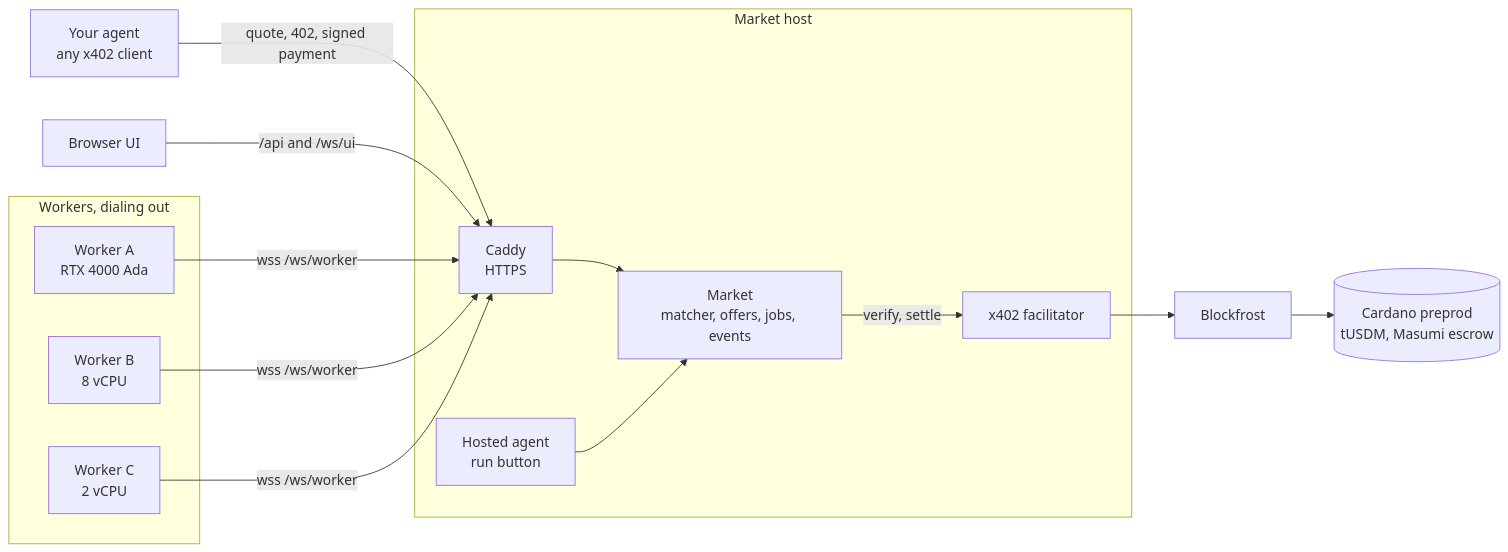
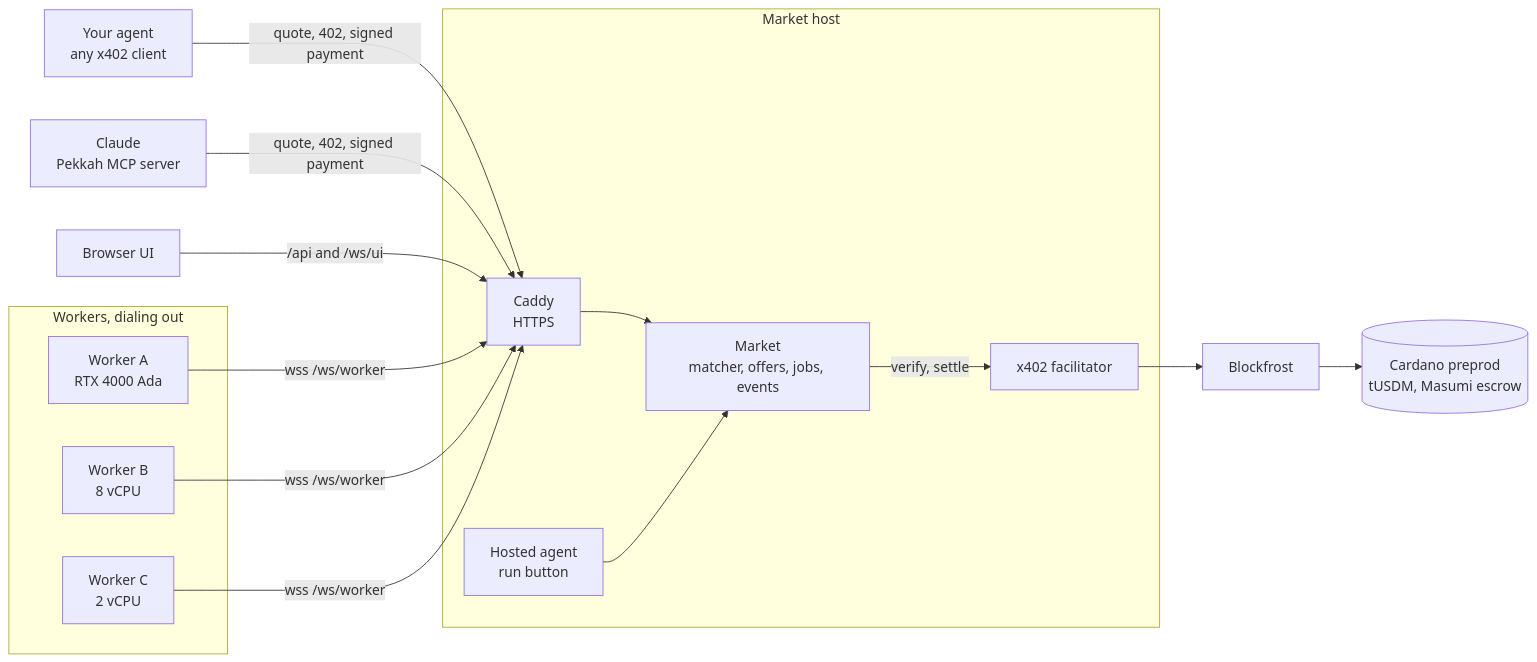
Before and after one commit to LAIN-21/pekkah-origins: the diagram in README.md, drawn with Mermaid. The commit also changed other lines of this file and 1 other file, not shown here.

First line of the commit message:
README and write-up for v0.2.0 (draft): escrow release, Claude, open join

````diff
--- a/README.md
+++ b/README.md
@@ -29,28 +36,30 @@
 ```mermaid
 flowchart LR
   agent["Your agent<br/>any x402 client"]
+  claude["Claude<br/>Pekkah MCP server"]
   web["Browser UI"]
   subgraph host["Market host"]
     caddy["Caddy<br/>HTTPS"]
     market["Market<br/>matcher, offers, jobs, events"]
     facilitator["x402 facilitator"]
     hosted["Hosted agent<br/>run button"]
   end
   subgraph workers["Workers, dialing out"]
     A["Worker A<br/>RTX 4000 Ada"]
     B["Worker B<br/>8 vCPU"]
     C["Worker C<br/>2 vCPU"]
   end
   blockfrost["Blockfrost"]
   chain[("Cardano preprod<br/>tUSDM, Masumi escrow")]
 
   agent -- "quote, 402, signed payment" --> caddy
+  claude -- "quote, 402, signed payment" --> caddy
   web -- "/api and /ws/ui" --> caddy
   caddy --> market
   hosted --> market
   market -- "verify, settle" --> facilitator
   facilitator --> blockfrost --> chain
   A -- "wss /ws/worker" --> caddy
   B -- "wss /ws/worker" --> caddy
   C -- "wss /ws/worker" --> caddy
 ```
````
